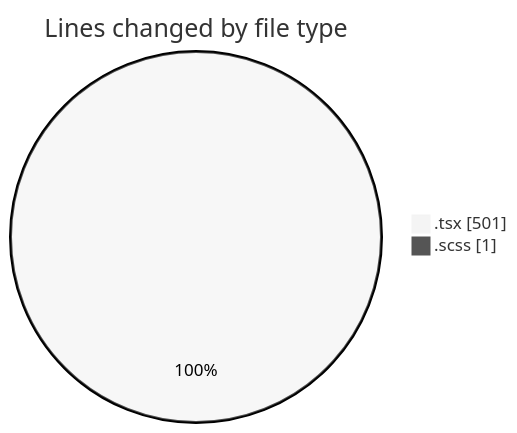
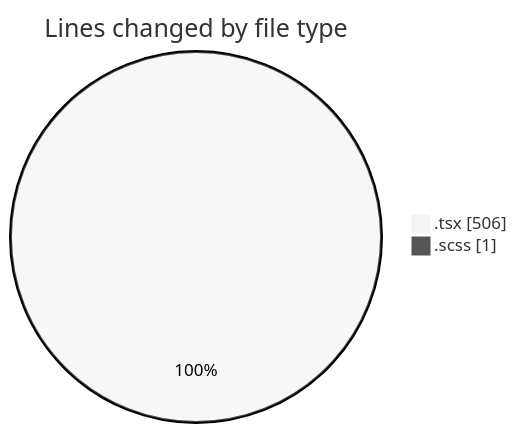
Before and after one commit to momahboobian/code-tracking: the first of 2 diagrams in 2025-03-19/cda/README.md, drawn with Mermaid (neutral theme). The commit also changed other lines of this file and 1 other file, not shown here.

````diff
--- a/2025-03-19/cda/README.md
+++ b/2025-03-19/cda/README.md
@@ -23,6 +23,6 @@
 ```mermaid
 pie showData
 title Lines changed by file type
-".tsx" : 501
+".tsx" : 506
 ".scss" : 1
 ```
````
